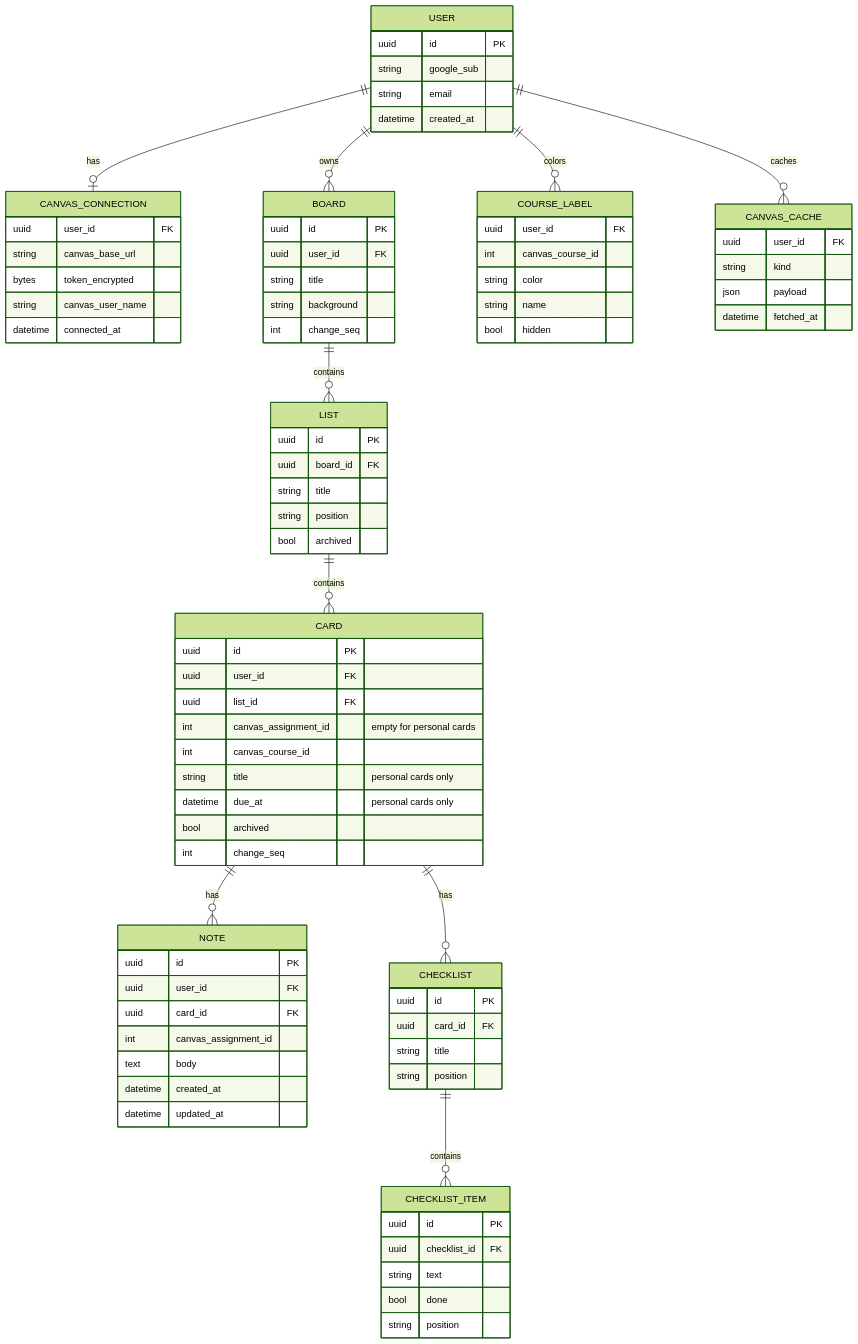
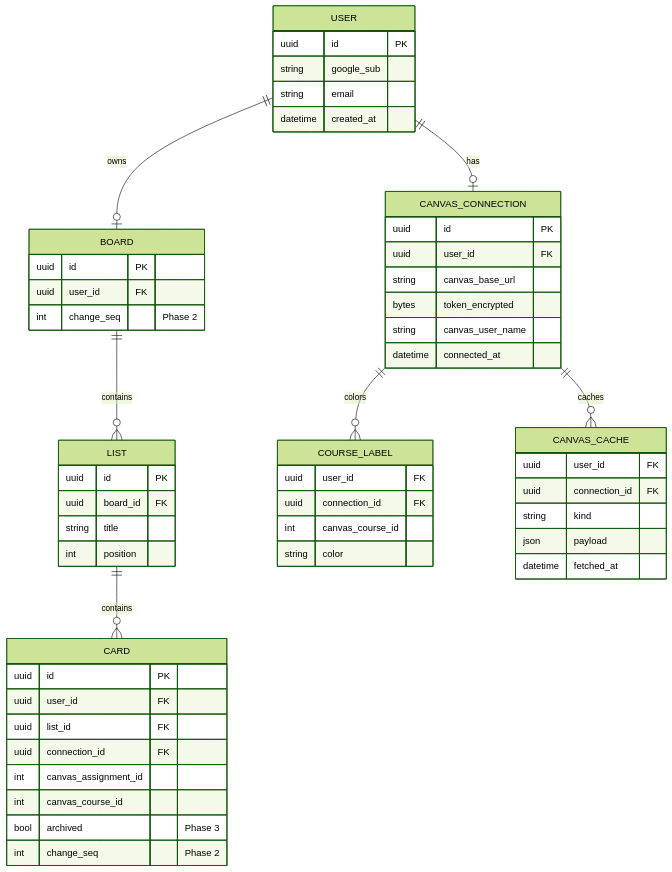
Before and after one commit to bbranton/TestProj: the second of 6 diagrams in docs/canvas-portal/03-design.md, drawn with Mermaid (forest theme). The commit also changed other lines of this file and 1 other file, not shown here.

````diff
--- a/docs/canvas-portal/03-design.md
+++ b/docs/canvas-portal/03-design.md
@@ -62,14 +80,11 @@
 ```mermaid
 erDiagram
     USER ||--o| CANVAS_CONNECTION : has
-    USER ||--o{ BOARD : owns
+    USER ||--o| BOARD : owns
     BOARD ||--o{ LIST : contains
     LIST ||--o{ CARD : contains
-    CARD ||--o{ NOTE : has
-    CARD ||--o{ CHECKLIST : has
-    CHECKLIST ||--o{ CHECKLIST_ITEM : contains
-    USER ||--o{ COURSE_LABEL : colors
-    USER ||--o{ CANVAS_CACHE : caches
+    CANVAS_CONNECTION ||--o{ COURSE_LABEL : colors
+    CANVAS_CONNECTION ||--o{ CANVAS_CACHE : caches
 
     USER {
         uuid id PK
@@ -78,6 +93,7 @@
         datetime created_at
     }
     CANVAS_CONNECTION {
+        uuid id PK
         uuid user_id FK
         string canvas_base_url
         bytes token_encrypted
@@ -87,59 +103,33 @@
     BOARD {
         uuid id PK
         uuid user_id FK
-        string title
-        string background
-        int change_seq
+        int change_seq "Phase 2"
     }
     LIST {
         uuid id PK
         uuid board_id FK
         string title
-        string position
-        bool archived
+        int position
     }
     CARD {
         uuid id PK
         uuid user_id FK
         uuid list_id FK
-        int canvas_assignment_id "empty for personal cards"
+        uuid connection_id FK
+        int canvas_assignment_id
         int canvas_course_id
-        string title "personal cards only"
-        datetime due_at "personal cards only"
-        bool archived
-        int change_seq
-    }
-    NOTE {
-        uuid id PK
-        uuid user_id FK
-        uuid card_id FK
-        int canvas_assignment_id
-        text body
-        datetime created_at
-        datetime updated_at
-    }
-    CHECKLIST {
-        uuid id PK
-        uuid card_id FK
-        string title
-        string position
-    }
-    CHECKLIST_ITEM {
-        uuid id PK
-        uuid checklist_id FK
-        string text
-        bool done
-        string position
+        bool archived "Phase 3"
+        int change_seq "Phase 2"
     }
     COURSE_LABEL {
         uuid user_id FK
+        uuid connection_id FK
         int canvas_course_id
         string color
-        string name
-        bool hidden
     }
     CANVAS_CACHE {
         uuid user_id FK
+        uuid connection_id FK
         string kind
         json payload
         datetime fetched_at
````
